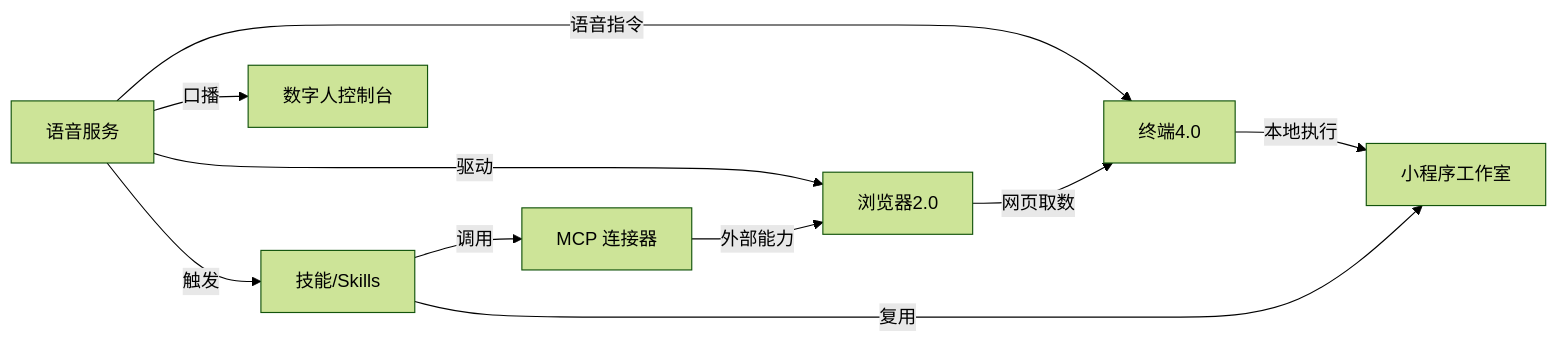
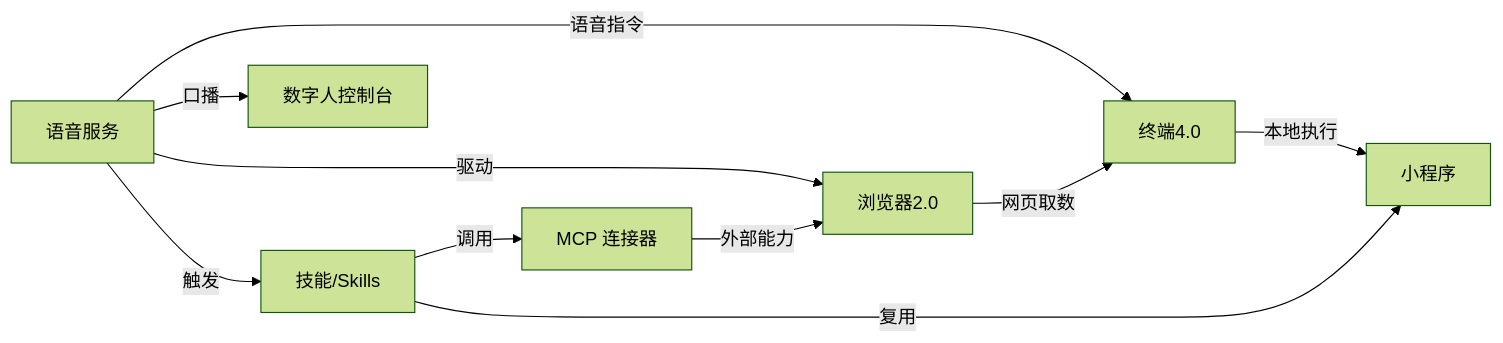
Before and after one commit to Quor-a/ZorvAI: the ninth of 9 diagrams in docs/architecture/ZorvAI架构总览.md, drawn with Mermaid (forest theme). The commit also changed other lines of this file and 70 other files, not shown here.

````diff
--- a/docs/architecture/ZorvAI架构总览.md
+++ b/docs/architecture/ZorvAI架构总览.md
@@ -405,12 +405,12 @@
 ```mermaid
 graph LR
   Voice[语音服务] -->|语音指令| Terminal[终端4.0]
   Voice -->|驱动| Browser[浏览器2.0]
   Voice -->|触发| Skills[技能/Skills]
   Browser -->|网页取数| Terminal
   Skills -->|调用| MCP[MCP 连接器]
-  Terminal -->|本地执行| MiniApp[小程序工作室]
+  Terminal -->|本地执行| MiniApp[小程序]
   MCP -->|外部能力| Browser
   Skills -->|复用| MiniApp
   Voice -->|口播| Digital[数字人控制台]
 ```
````
